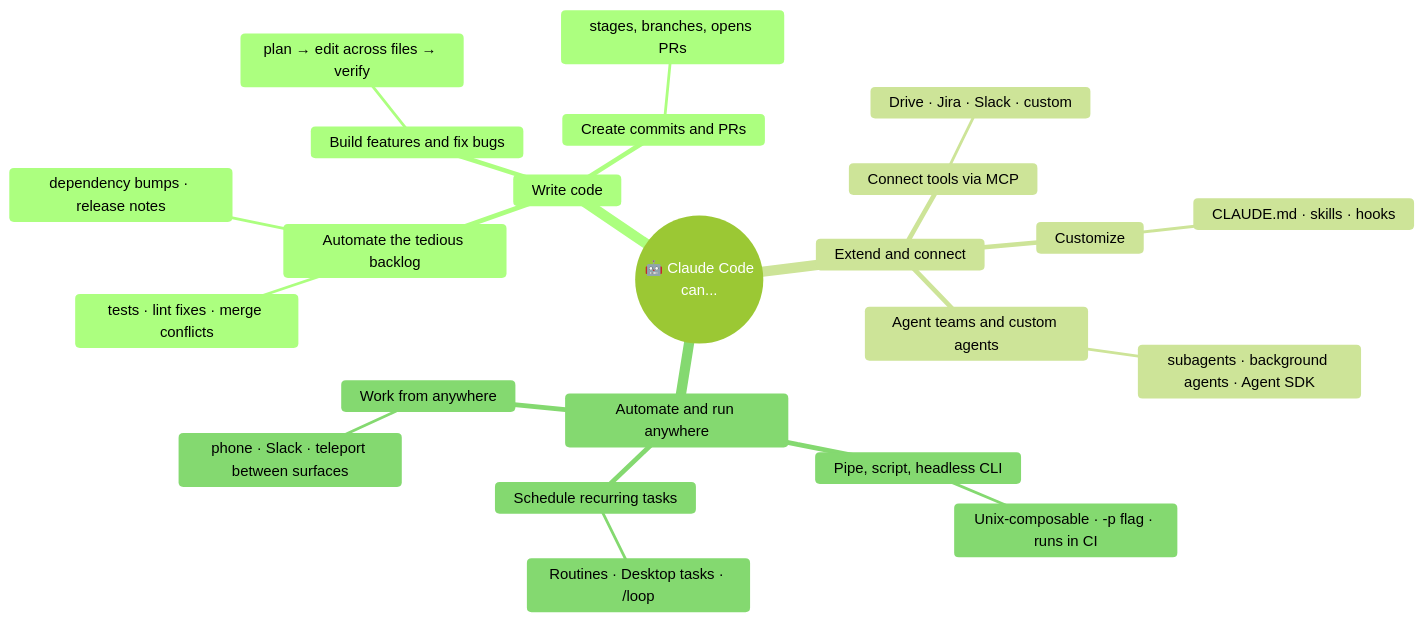
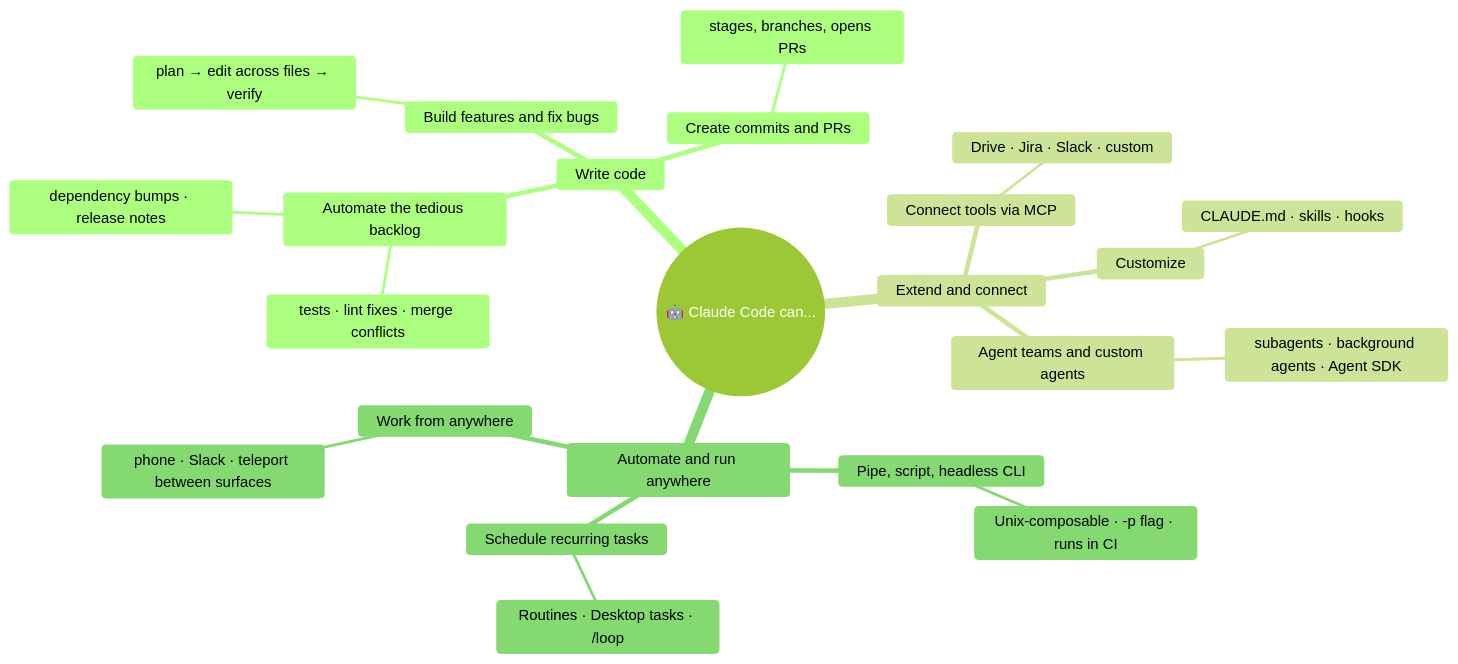
The third of 4 diagrams in claude-stack.md (parmar-m/claude-architect-certification-prep), drawn with Mermaid (forest theme) before and after one commit. The commit also changed other lines of this file and 24 other files, not shown here.

Commit message:
fix html tags in mmd diagrams

````diff
--- a/claude-stack.md
+++ b/claude-stack.md
@@ -372,26 +374,26 @@
 ```mermaid
 mindmap
-  root(("🤖 Claude Code<br/>can..."))
+  root(("🤖 Claude Code can..."))
     Write code
       Automate the tedious backlog
         tests · lint fixes · merge conflicts
         dependency bumps · release notes
       Build features and fix bugs
         plan → edit across files → verify
       Create commits and PRs
         stages, branches, opens PRs
     Extend and connect
       Connect tools via MCP
         Drive · Jira · Slack · custom
       Customize
         CLAUDE.md · skills · hooks
       Agent teams and custom agents
         subagents · background agents · Agent SDK
     Automate and run anywhere
       Pipe, script, headless CLI
         Unix-composable · -p flag · runs in CI
       Schedule recurring tasks
         Routines · Desktop tasks · /loop
       Work from anywhere
         phone · Slack · teleport between surfaces
 ```
````
